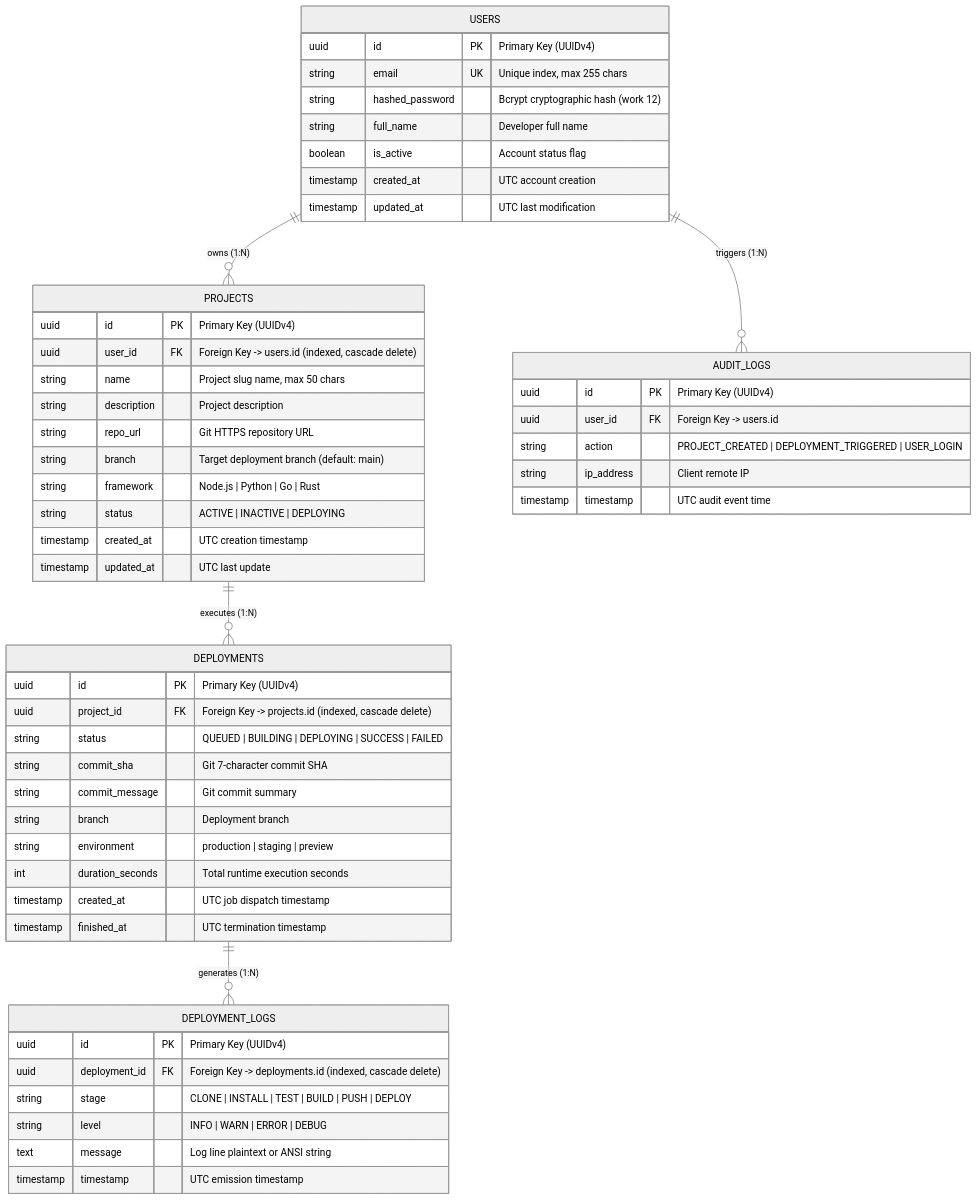
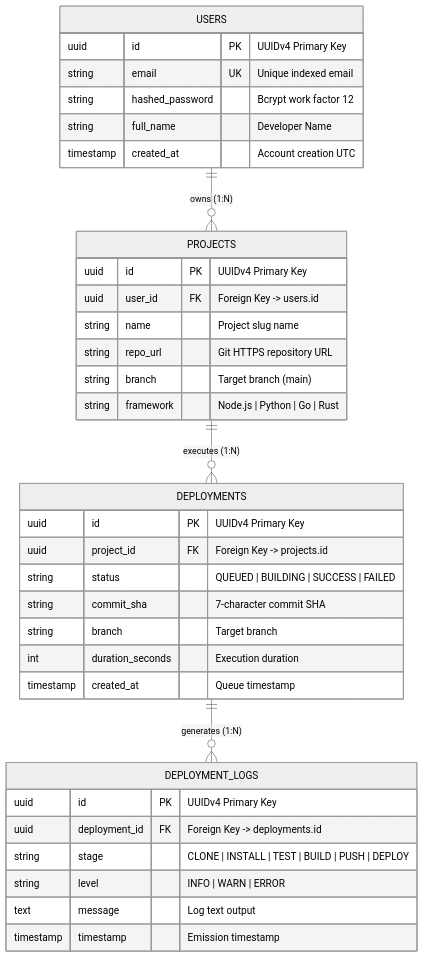
One commit to satviashwin369-creator/StackForge changed the sixth of 9 diagrams in docs/Architecture.md. Above: the diagram before and after it, drawn with Mermaid (neutral theme). The commit also changed other lines of this file and 10 other files, not shown here.

Commit message:
docs(arch): embed 9 standalone high-res visual SVG diagrams and remove duplicate sections

````diff
--- a/docs/Architecture.md
+++ b/docs/Architecture.md
@@ -503,60 +407,42 @@
 ```mermaid
 erDiagram
     USERS ||--o{ PROJECTS : "owns (1:N)"
-    USERS ||--o{ AUDIT_LOGS : "triggers (1:N)"
     PROJECTS ||--o{ DEPLOYMENTS : "executes (1:N)"
     DEPLOYMENTS ||--o{ DEPLOYMENT_LOGS : "generates (1:N)"
 
     USERS {
-        uuid id PK "Primary Key (UUIDv4)"
-        string email UK "Unique index, max 255 chars"
-        string hashed_password "Bcrypt cryptographic hash (work 12)"
-        string full_name "Developer full name"
-        boolean is_active "Account status flag"
-        timestamp created_at "UTC account creation"
-        timestamp updated_at "UTC last modification"
+        uuid id PK "UUIDv4 Primary Key"
+        string email UK "Unique indexed email"
+        string hashed_password "Bcrypt work factor 12"
+        string full_name "Developer Name"
+        timestamp created_at "Account creation UTC"
     }
 
     PROJECTS {
-        uuid id PK "Primary Key (UUIDv4)"
-        uuid user_id FK "Foreign Key -> users.id (indexed, cascade delete)"
-        string name "Project slug name, max 50 chars"
-        string description "Project description"
+        uuid id PK "UUIDv4 Primary Key"
+        uuid user_id FK "Foreign Key -> users.id"
+        string name "Project slug name"
         string repo_url "Git HTTPS repository URL"
-        string branch "Target deployment branch (default: main)"
+        string branch "Target branch (main)"
         string framework "Node.js | Python | Go | Rust"
-        string status "ACTIVE | INACTIVE | DEPLOYING"
-        timestamp created_at "UTC creation timestamp"
-        timestamp updated_at "UTC last update"
     }
 
     DEPLOYMENTS {
-        uuid id PK "Primary Key (UUIDv4)"
-        uuid project_id FK "Foreign Key -> projects.id (indexed, cascade delete)"
-        string status "QUEUED | BUILDING | DEPLOYING | SUCCESS | FAILED"
-        string commit_sha "Git 7-character commit SHA"
-        string commit_message "Git commit summary"
-        string branch "Deployment branch"
-        string environment "production | staging | preview"
-        int duration_seconds "Total runtime execution seconds"
-        timestamp created_at "UTC job dispatch timestamp"
-        timestamp finished_at "UTC termination timestamp"
+        uuid id PK "UUIDv4 Primary Key"
+        uuid project_id FK "Foreign Key -> projects.id"
+        string status "QUEUED | BUILDING | SUCCESS | FAILED"
+        string commit_sha "7-character commit SHA"
+        string branch "Target branch"
+        int duration_seconds "Execution duration"
+        timestamp created_at "Queue timestamp"
     }
 
     DEPLOYMENT_LOGS {
-        uuid id PK "Primary Key (UUIDv4)"
-        uuid deployment_id FK "Foreign Key -> deployments.id (indexed, cascade delete)"
+        uuid id PK "UUIDv4 Primary Key"
+        uuid deployment_id FK "Foreign Key -> deployments.id"
         string stage "CLONE | INSTALL | TEST | BUILD | PUSH | DEPLOY"
-        string level "INFO | WARN | ERROR | DEBUG"
-        text message "Log line plaintext or ANSI string"
-        timestamp timestamp "UTC emission timestamp"
-    }
-
-    AUDIT_LOGS {
-        uuid id PK "Primary Key (UUIDv4)"
-        uuid user_id FK "Foreign Key -> users.id"
-        string action "PROJECT_CREATED | DEPLOYMENT_TRIGGERED | USER_LOGIN"
-        string ip_address "Client remote IP"
-        timestamp timestamp "UTC audit event time"
+        string level "INFO | WARN | ERROR"
+        text message "Log text output"
+        timestamp timestamp "Emission timestamp"
     }
 ```
````
